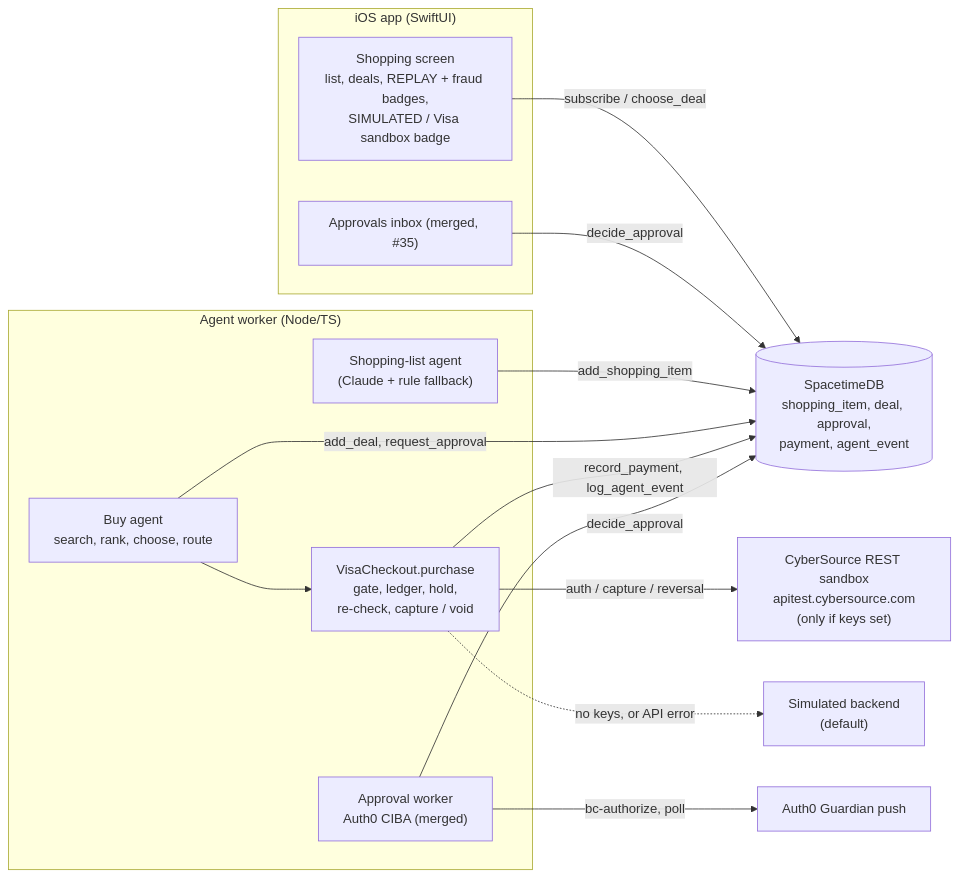
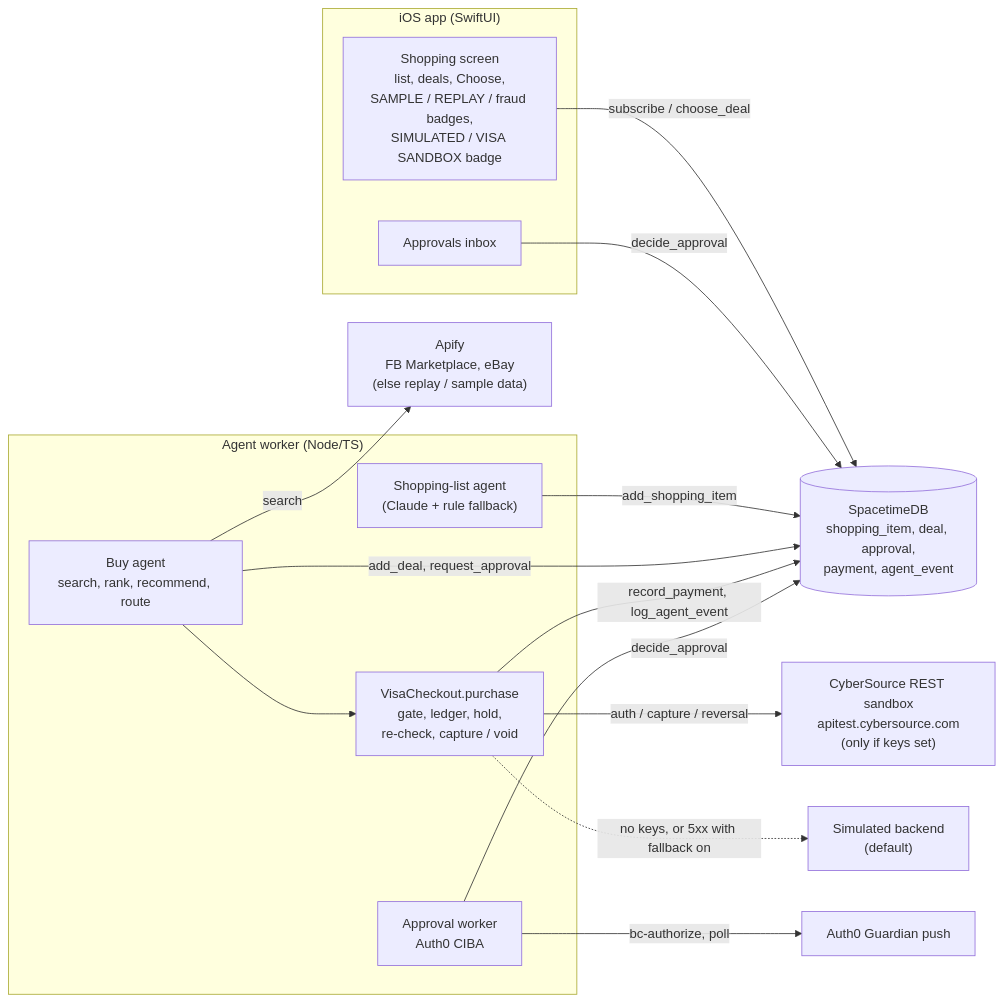
The diagram in docs/visa.md (christianazinn/moove), drawn with Mermaid before and after one commit. The commit also changed other lines of this file and 4 other files, not shown here.

First line of the commit message:
docs: describe merged Visa checkout (#40), link write-ups from tracks.md and README

````diff
--- a/docs/visa.md
+++ b/docs/visa.md
@@ -28,28 +38,30 @@
 ```mermaid
 flowchart LR
   subgraph Phone["iOS app (SwiftUI)"]
-    Shop["Shopping screen<br/>list, deals, REPLAY + fraud badges,<br/>SIMULATED / Visa sandbox badge"]
-    Inbox["Approvals inbox (merged, #35)"]
+    Shop["Shopping screen<br/>list, deals, Choose,<br/>SAMPLE / REPLAY / fraud badges,<br/>SIMULATED / VISA SANDBOX badge"]
+    Inbox["Approvals inbox"]
   end
   STDB[("SpacetimeDB<br/>shopping_item, deal, approval,<br/>payment, agent_event")]
   subgraph Worker["Agent worker (Node/TS)"]
     List["Shopping-list agent<br/>(Claude + rule fallback)"]
-    Buy["Buy agent<br/>search, rank, choose, route"]
+    Buy["Buy agent<br/>search, rank, recommend, route"]
     Visa["VisaCheckout.purchase<br/>gate, ledger, hold,<br/>re-check, capture / void"]
-    CIBA["Approval worker<br/>Auth0 CIBA (merged)"]
+    CIBA["Approval worker<br/>Auth0 CIBA"]
   end
+  Apify["Apify<br/>FB Marketplace, eBay<br/>(else replay / sample data)"]
   CS["CyberSource REST sandbox<br/>apitest.cybersource.com<br/>(only if keys set)"]
   Sim["Simulated backend<br/>(default)"]
   Auth0["Auth0 Guardian push"]
 
   Shop -- "subscribe / choose_deal" --> STDB
   Inbox -- "decide_approval" --> STDB
   List -- "add_shopping_item" --> STDB
+  Buy -- "search" --> Apify
   Buy -- "add_deal, request_approval" --> STDB
   Buy --> Visa
   Visa -- "auth / capture / reversal" --> CS
-  Visa -. "no keys, or API error" .-> Sim
+  Visa -. "no keys, or 5xx with fallback on" .-> Sim
   Visa -- "record_payment, log_agent_event" --> STDB
   CIBA -- "bc-authorize, poll" --> Auth0
   CIBA -- "decide_approval" --> STDB
 ```
````
